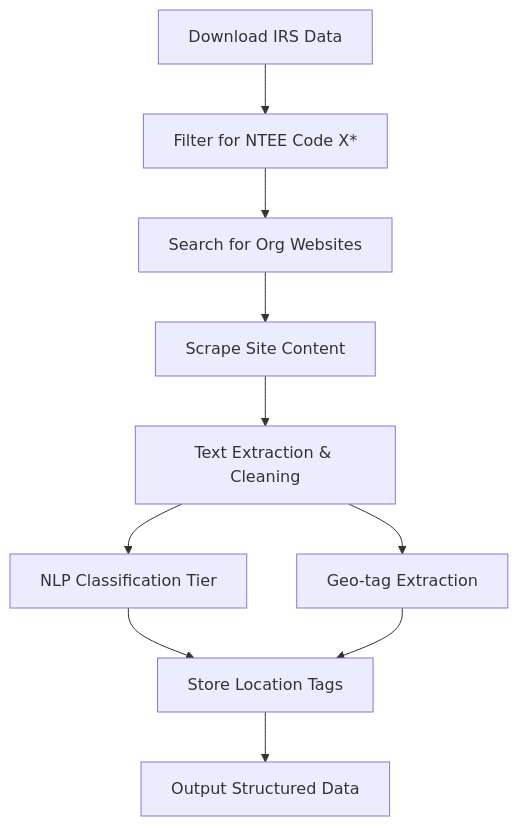
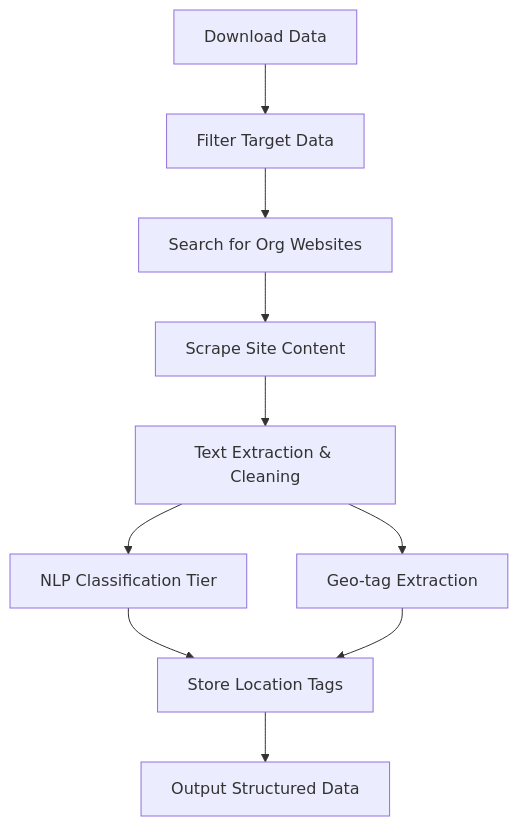
The first of 2 diagrams in README.md (ChelseaLiu0822/Finding-Partnerships-Using-Web-Crawling), drawn with Mermaid before and after one commit. The commit also changed other lines of this file, not shown here.

````diff
--- a/README.md
+++ b/README.md
@@ -36,13 +84,13 @@
 ```mermaid fullWidth="false"
 graph TB
-    A[Download IRS Data] --> B[Filter for NTEE Code X*]
+    A[Download Data] --> B[Filter Target Data]
     B --> C[Search for Org Websites]
     C --> D[Scrape Site Content]
     D --> E[Text Extraction & Cleaning]
     E --> F[NLP Classification Tier]
     E --> G[Geo-tag Extraction]
     F --> H[Store Tier Labels]
     G --> H[Store Location Tags]
     H --> I[Output Structured Data]
 
 ```
````
